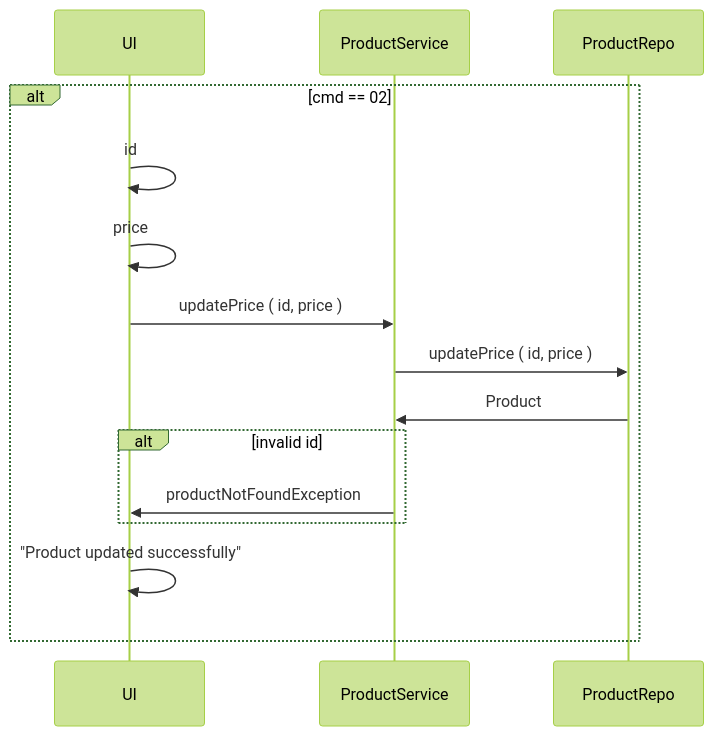
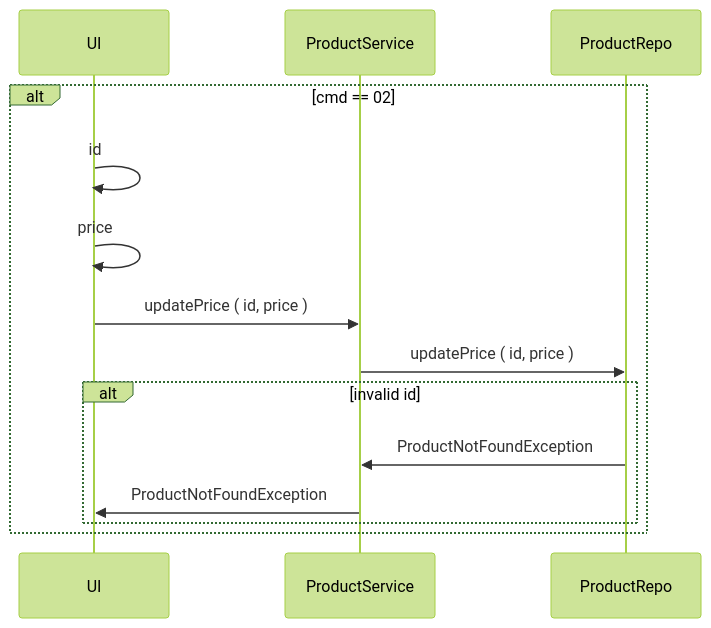
Before and after one commit to Apameus/Vending_Machine: the seventh of 13 diagrams in README.md, drawn with Mermaid (forest theme). The commit also changed other lines of this file, not shown here.

Commit message:
Retrieve Product refactored

````diff
--- a/README.md
+++ b/README.md
@@ -170,19 +169,18 @@
 ```mermaid
 sequenceDiagram
     participant UI
     participant PS as ProductService
     participant PR as ProductRepo
     
     alt cmd == 02
         UI ->> UI: id
         UI ->> UI: price
         UI ->> PS: updatePrice ( id, price )
         PS ->> PR: updatePrice ( id, price )
-        PR ->> PS: Product
         alt invalid id
-                PS ->> UI: productNotFoundException
+            PR ->> PS: ProductNotFoundException
+            PS ->> UI: ProductNotFoundException
         end
-        UI ->> UI: "Product updated successfully"
     end
 
 ```
````
